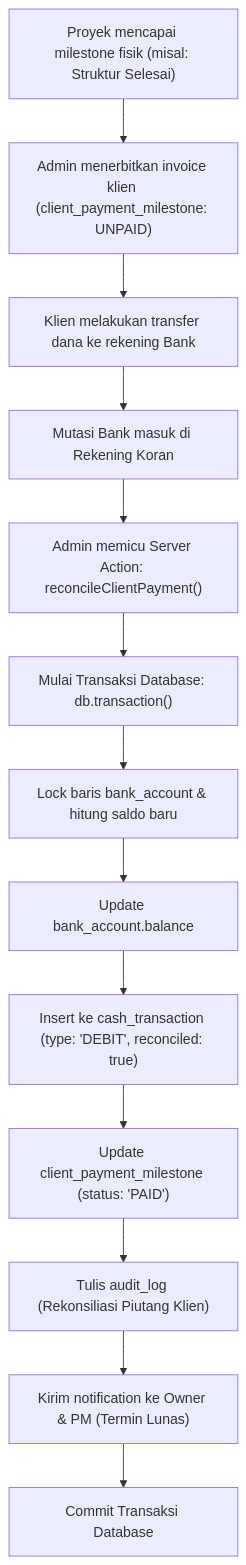
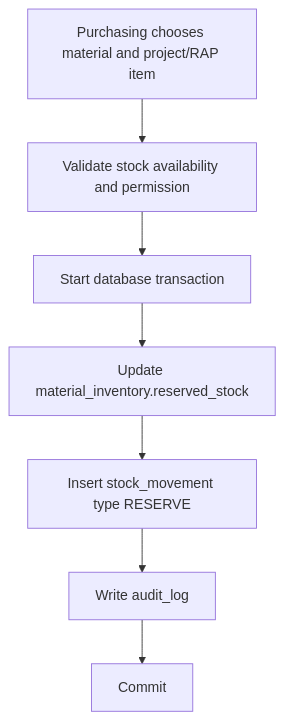
Before and after one commit to LibranRst/atria-erp: the eighth of 13 diagrams in docs/03-flows/FLOWS.md, drawn with Mermaid. The commit also changed other lines of this file and 453 other files, not shown here.

````diff
--- a/docs/03-flows/FLOWS.md
+++ b/docs/03-flows/FLOWS.md
@@ -288,15 +109,9 @@
 ```mermaid
-graph TD
-    A["Proyek mencapai milestone fisik (misal: Struktur Selesai)"] --> B["Admin menerbitkan invoice klien (client_payment_milestone: UNPAID)"]
-    B --> C["Klien melakukan transfer dana ke rekening Bank"]
-    C --> D["Mutasi Bank masuk di Rekening Koran"]
-    D --> E["Admin memicu Server Action: reconcileClientPayment()"]
-    E --> F["Mulai Transaksi Database: db.transaction()"]
-    F --> G["Lock baris bank_account & hitung saldo baru"]
-    G --> H["Update bank_account.balance"]
-    H --> I["Insert ke cash_transaction (type: 'DEBIT', reconciled: true)"]
-    I --> J["Update client_payment_milestone (status: 'PAID')"]
-    J --> K["Tulis audit_log (Rekonsiliasi Piutang Klien)"]
-    K --> L["Kirim notification ke Owner & PM (Termin Lunas)"]
-    L --> M["Commit Transaksi Database"]
+flowchart TD
+  A["Purchasing chooses material and project/RAP item"] --> B["Validate stock availability and permission"]
+  B --> C["Start database transaction"]
+  C --> D["Update material_inventory.reserved_stock"]
+  D --> E["Insert stock_movement type RESERVE"]
+  E --> F["Write audit_log"]
+  F --> G["Commit"]
 ```
````
